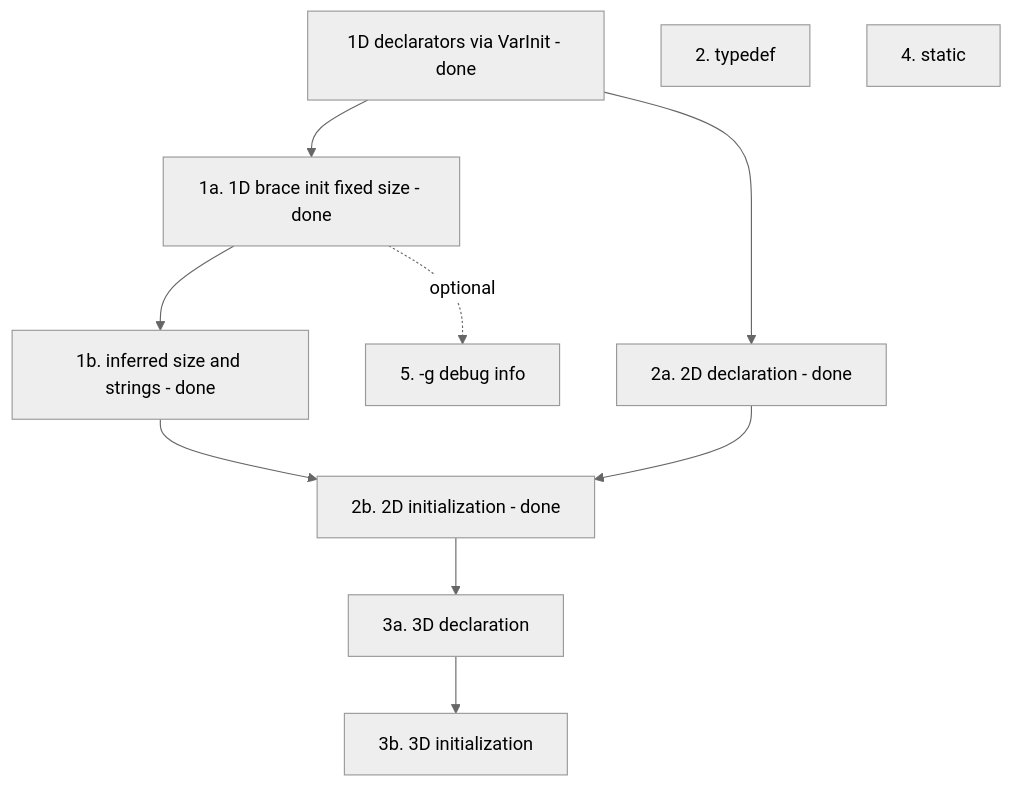
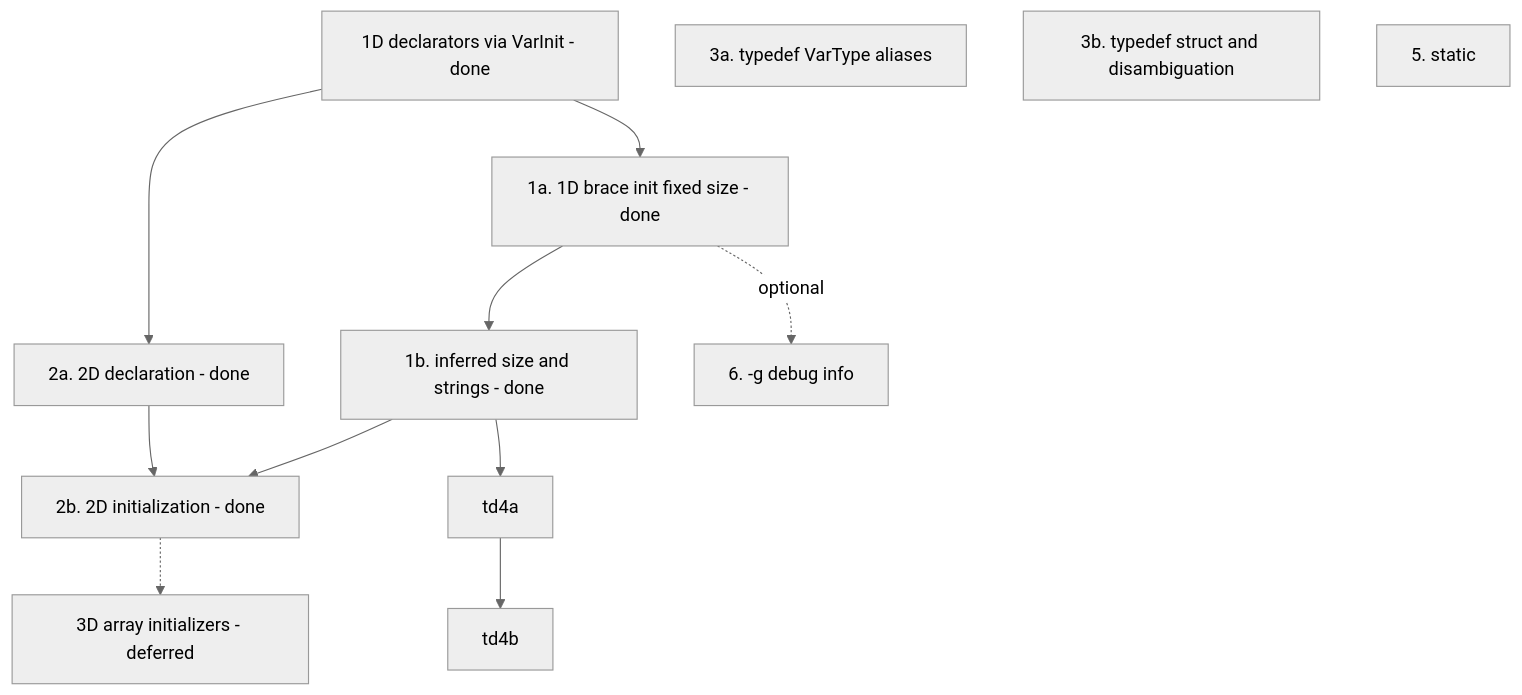
The diagram in docs/FrontendNotes.md (yanghuafang/lcc), drawn with Mermaid (neutral theme) before and after one commit. The commit also changed other lines of this file and 25 other files, not shown here.

First line of the commit message:
feat: typedef builtins, pointers, struct and union

````diff
--- a/docs/FrontendNotes.md
+++ b/docs/FrontendNotes.md
@@ -46,23 +48,23 @@
 ```mermaid
 flowchart TD
   done[1D declarators via VarInit - done]
   init1a[1a. 1D brace init fixed size - done]
   init1b[1b. inferred size and strings - done]
-  typedef[2. typedef]
   md2a[2a. 2D declaration - done]
   md2b[2b. 2D initialization - done]
-  md3a[3a. 3D declaration]
-  md3b[3b. 3D initialization]
-  stat[4. static]
-  dbg[5. -g debug info]
+  td3a[3a. typedef VarType aliases]
+  td3b[3b. typedef struct and disambiguation]
+  md3[3D array initializers - deferred]
+  stat[5. static]
+  dbg[6. -g debug info]
 
   done --> init1a --> init1b
   init1b --> md2b
   done --> md2a --> md2b
-  md2b --> md3a --> md3b
-  typedef
+  md2b -.-> md3
+  init1b --> td4a --> td4b
   stat
   dbg
 
   init1a -.->|optional| dbg
 ```
````
